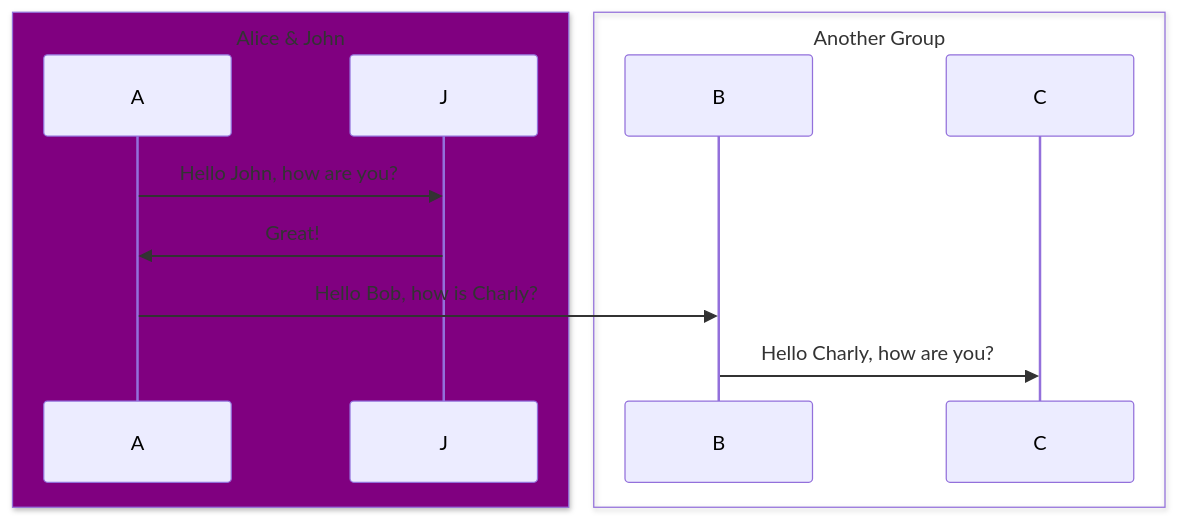
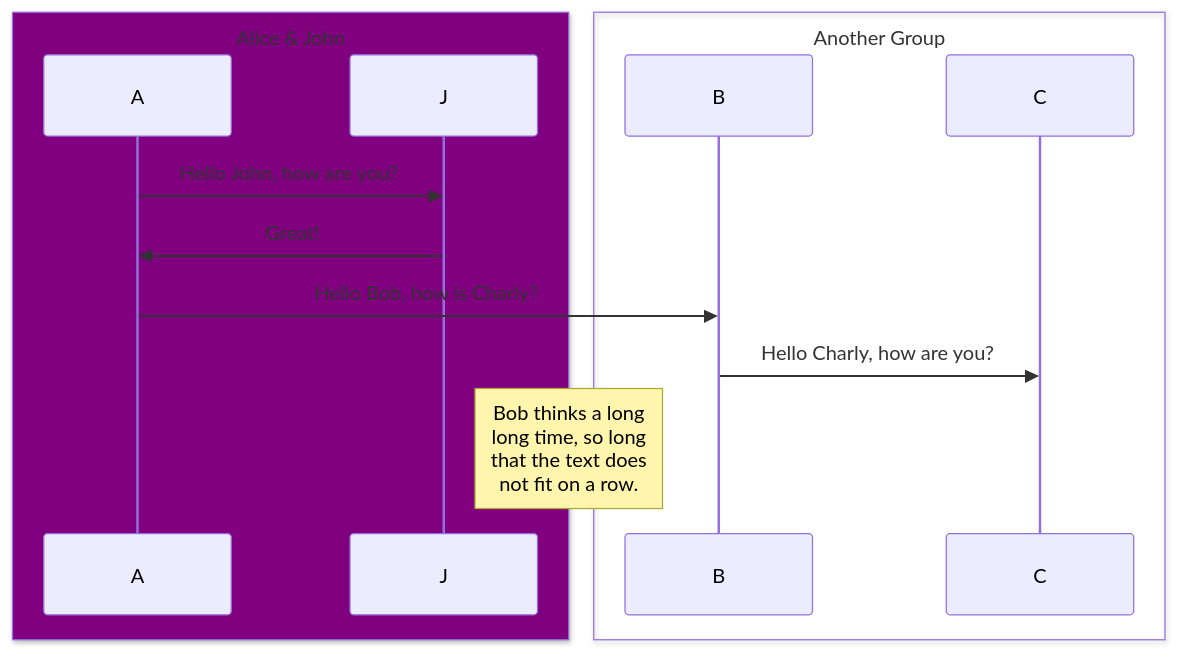
One commit to jtaverne/ovh changed the second of 2 diagrams in tls_1.3.md. Above: the diagram before and after it, drawn with Mermaid.

````diff
--- a/tls_1.3.md
+++ b/tls_1.3.md
@@ -19,15 +19,16 @@
 ```mermaid
 sequenceDiagram
     box Purple Alice & John
     participant A
     participant J
     end
     box Another Group
     participant B
     participant C
     end
     A->>J: Hello John, how are you?
     J->>A: Great!
     A->>B: Hello Bob, how is Charly?
     B->>C: Hello Charly, how are you?
+Note right of J: Bob thinks a long<br/>long time, so long<br/>that the text does<br/>not fit on a row.
 ```
````
